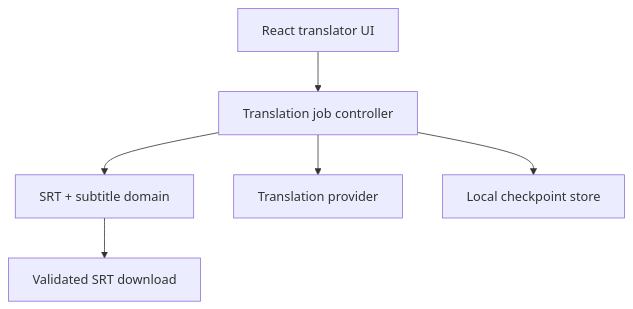
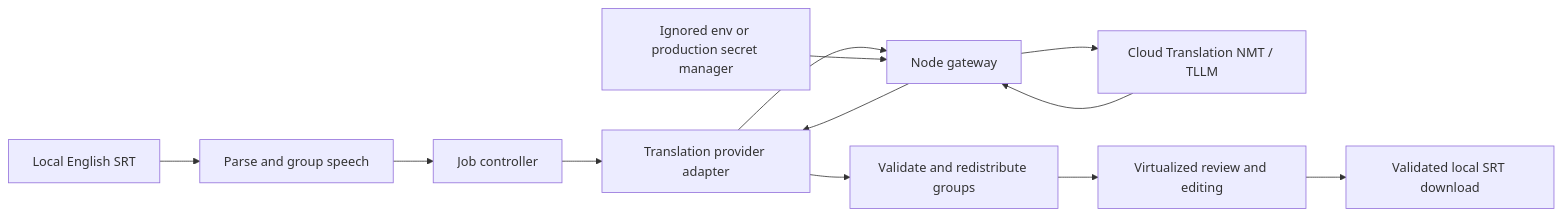
One commit to aaronkr-2026-2/cbnu-soft-eng-software-engineering-project-group-3 changed the diagram in docs/ARCHITECTURE.md. Above: the diagram before and after it, drawn with Mermaid. The commit also changed other lines of this file and 45 other files, not shown here.

Commit message:
feat: restore joined subtitle translation

````diff
--- a/docs/ARCHITECTURE.md
+++ b/docs/ARCHITECTURE.md
@@ -31,8 +9,14 @@
 ```mermaid
-flowchart TD
-    UI["React translator UI"] --> JOB["Translation job controller"]
-    JOB --> DOMAIN["SRT + subtitle domain"]
-    JOB --> PROVIDER["Translation provider"]
-    JOB --> STORE["Local checkpoint store"]
-    DOMAIN --> OUTPUT["Validated SRT download"]
+flowchart LR
+    FILE[Local English SRT] --> DOMAIN[Parse and group speech]
+    DOMAIN --> JOB[Job controller]
+    JOB --> CLIENT[Translation provider adapter]
+    CLIENT --> API[Node gateway]
+    SECRET[Ignored env or production secret manager] --> API
+    API --> GOOGLE[Cloud Translation NMT / TLLM]
+    GOOGLE --> API
+    API --> CLIENT
+    CLIENT --> MAP[Validate and redistribute groups]
+    MAP --> UI[Virtualized review and editing]
+    UI --> DOWNLOAD[Validated local SRT download]
 ```
````
